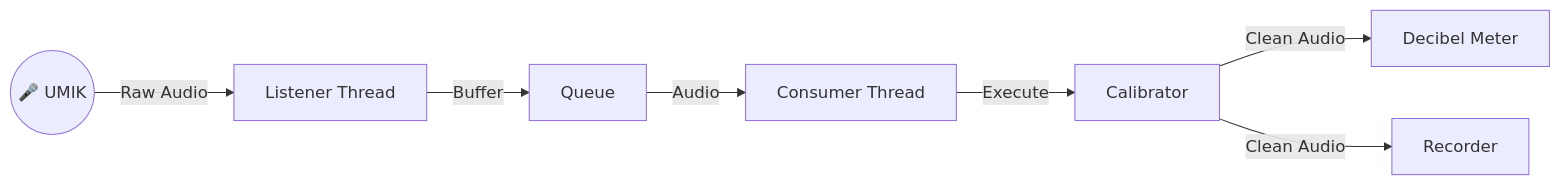
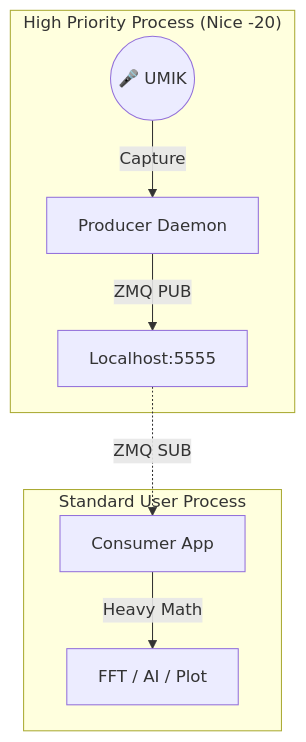
One commit to danielfcollier/py-umik-base-app changed the first of 2 diagrams in README.md. Above: the diagram before and after it, drawn with Mermaid. The commit also changed other lines of this file and 4 other files, not shown here.

````diff
--- a/README.md
+++ b/README.md
@@ -77,10 +88,12 @@
 ```mermaid
-graph LR
-    Mic((🎤 UMIK)) -->|Raw Audio| Producer[Listener Thread]
-    Producer -->|Buffer| Queue[Queue]
-    Queue -->|Audio| Consumer[Consumer Thread]
-    
-    Consumer -->|Execute| Calibrator[Calibrator]
-    Calibrator -->|Clean Audio| Meter[Decibel Meter]
-    Calibrator -->|Clean Audio| Recorder[Recorder]
+graph TD
+    subgraph "High Priority Process (Nice -20)"
+        Mic((🎤 UMIK)) -->|Capture| Producer[Producer Daemon]
+        Producer -->|ZMQ PUB| Socket[Localhost:5555]
+    end
+
+    subgraph "Standard User Process"
+        Socket -.->|ZMQ SUB| Consumer[Consumer App]
+        Consumer -->|Heavy Math| Analysis[FFT / AI / Plot]
+    end
 ```
````
